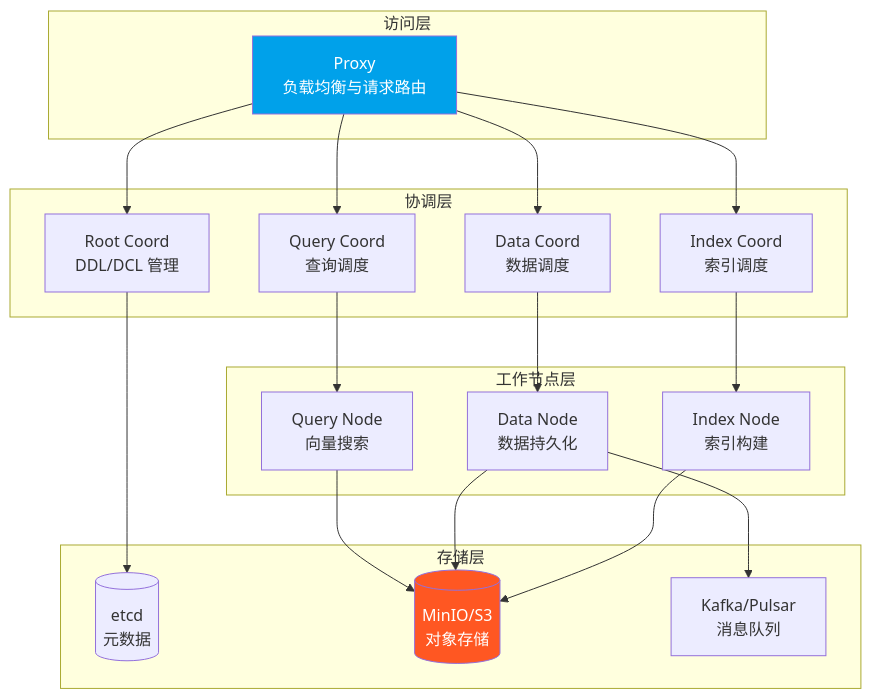
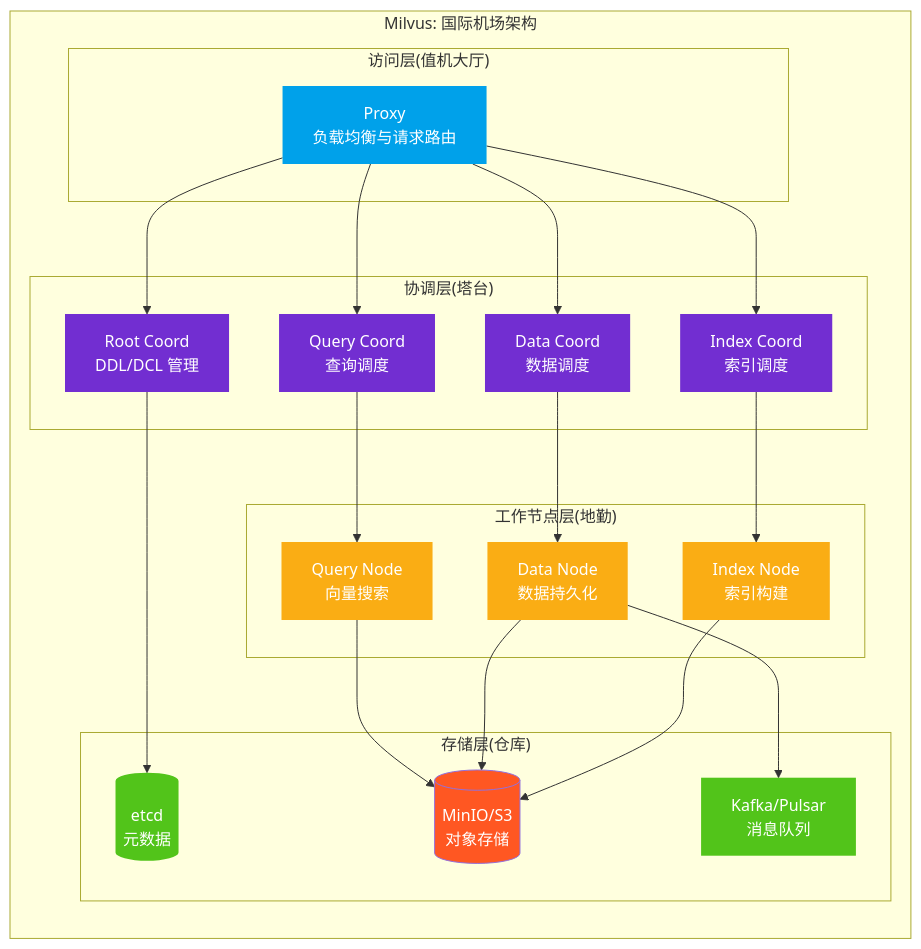
Before and after one commit to ThreeFish-AI/agentic-ai-cognizes: the fourth of 14 diagrams in docs/research/005-vector-databases.md, drawn with Mermaid. The commit also changed other lines of this file, not shown here.

First line of the commit message:
docs(Research): 重构向量数据库 Milvus 章节核心内容;

````diff
--- a/docs/research/005-vector-databases.md
+++ b/docs/research/005-vector-databases.md
@@ -402,36 +415,43 @@
 ```mermaid
 graph TB
-    subgraph "访问层"
-        Proxy[Proxy<br/>负载均衡与请求路由]
+    subgraph "Milvus: 国际机场架构"
+        direction TB
+        subgraph "访问层(值机大厅)"
+            Proxy[Proxy<br/>负载均衡与请求路由]:::proxy
+        end
+
+        subgraph "协调层(塔台)"
+            RC[Root Coord<br/>DDL/DCL 管理]:::coord
+            QC[Query Coord<br/>查询调度]:::coord
+            DC[Data Coord<br/>数据调度]:::coord
+            IC[Index Coord<br/>索引调度]:::coord
+        end
+
+        subgraph "工作节点层(地勤)"
+            QN[Query Node<br/>向量搜索]:::work
+            DN[Data Node<br/>数据持久化]:::work
+            IN[Index Node<br/>索引构建]:::work
+        end
+
+        subgraph "存储层(仓库)"
+            ETCD[(etcd<br/>元数据)]:::store
+            MINIO[(MinIO/S3<br/>对象存储)]
+            MQ[Kafka/Pulsar<br/>消息队列]:::store
+        end
+
+        Proxy --> RC & QC & DC & IC
+        QC --> QN
+        DC --> DN
+        IC --> IN
+        QN & DN & IN --> MINIO
+        RC --> ETCD
+        DN --> MQ
     end
 
-    subgraph "协调层"
-        RC[Root Coord<br/>DDL/DCL 管理]
-        QC[Query Coord<br/>查询调度]
-        DC[Data Coord<br/>数据调度]
-        IC[Index Coord<br/>索引调度]
-    end
+    classDef proxy fill:#00A1EA,color:#fff,stroke:none
+    classDef coord fill:#722ed1,color:#fff,stroke:none
+    classDef work fill:#faad14,color:#fff,stroke:none
+    classDef store fill:#52c41a,color:#fff,stroke:none
 
-    subgraph "工作节点层"
-        QN[Query Node<br/>向量搜索]
-        DN[Data Node<br/>数据持久化]
-        IN[Index Node<br/>索引构建]
-    end
-
-    subgraph "存储层"
-        ETCD[(etcd<br/>元数据)]
-        MINIO[(MinIO/S3<br/>对象存储)]
-        MQ[Kafka/Pulsar<br/>消息队列]
-    end
-
-    Proxy --> RC & QC & DC & IC
-    QC --> QN
-    DC --> DN
-    IC --> IN
-    QN & DN & IN --> MINIO
-    RC --> ETCD
-    DN --> MQ
-
-    style Proxy fill:#00A1EA,color:#fff
     style MINIO fill:#ff5722,color:#fff
 ```
````
